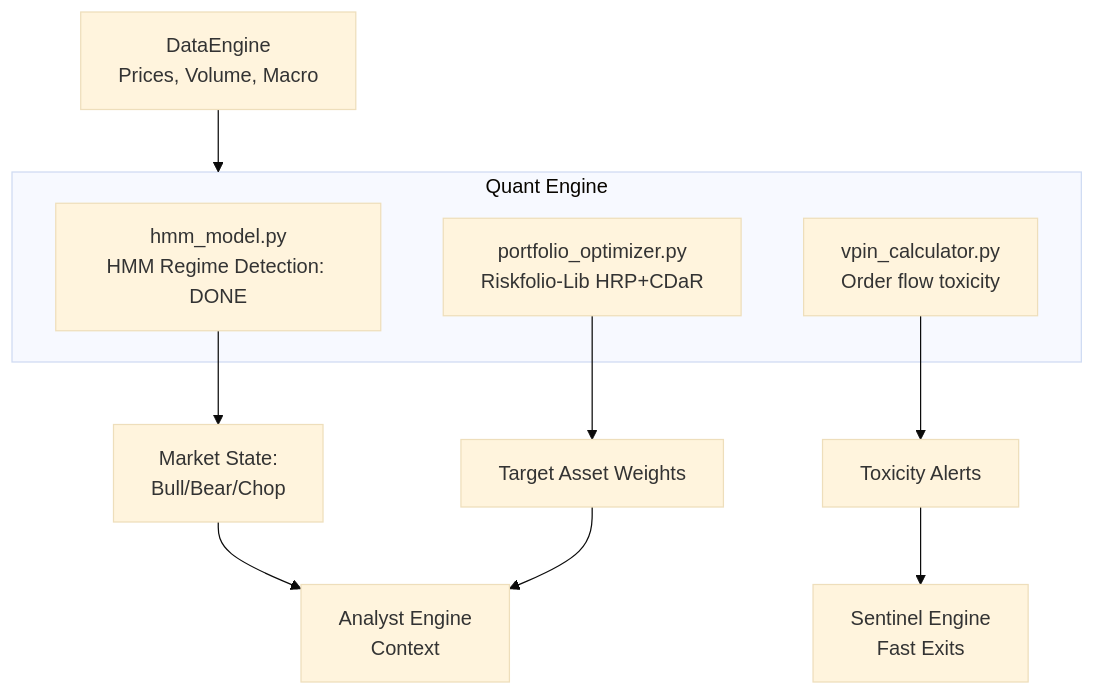
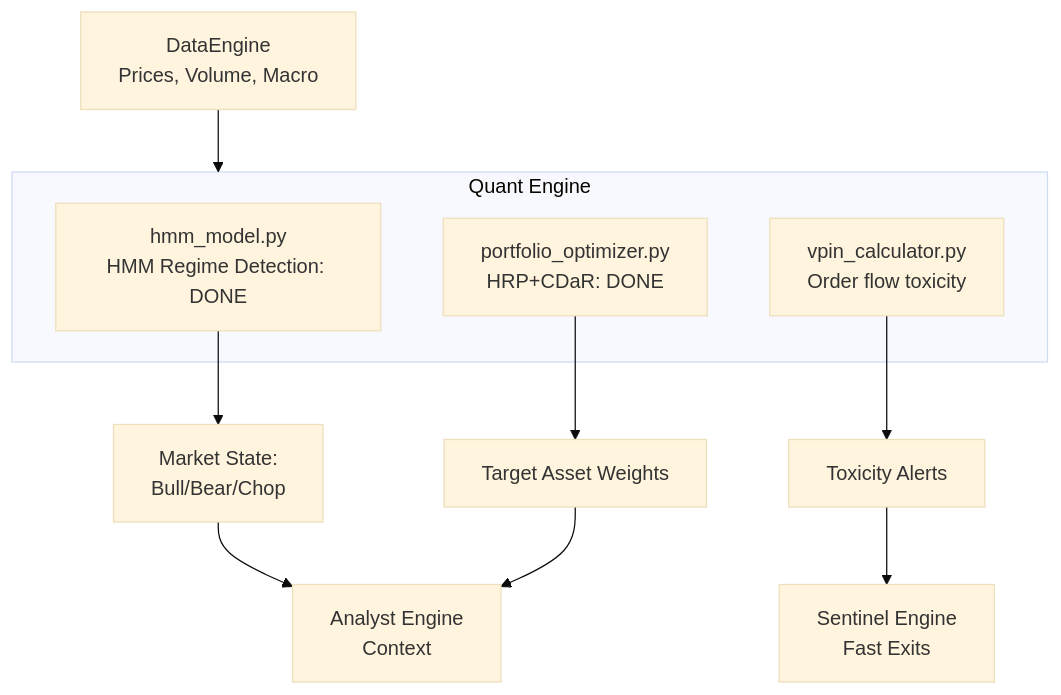
The diagram in docs/PHASE_2_PLAN.md (knabcd003/aegis), drawn with Mermaid (base theme) before and after one commit. The commit also changed other lines of this file, not shown here.

````diff
--- a/docs/PHASE_2_PLAN.md
+++ b/docs/PHASE_2_PLAN.md
@@ -40,18 +45,18 @@
 ```mermaid
 graph TD
     DE[DataEngine<br/>Prices, Volume, Macro] --> QE
     
     subgraph QE["Quant Engine"]
         HMM[hmm_model.py<br/>HMM Regime Detection: DONE]
-        OPT[portfolio_optimizer.py<br/>Riskfolio-Lib HRP+CDaR]
+        OPT[portfolio_optimizer.py<br/>HRP+CDaR: DONE]
         VPIN[vpin_calculator.py<br/>Order flow toxicity]
     end
 
     HMM --> STATE[Market State:<br/>Bull/Bear/Chop]
     OPT --> WEIGHTS[Target Asset Weights]
     VPIN --> RISK[Toxicity Alerts]
 
     STATE --> AE[Analyst Engine<br/>Context]
     WEIGHTS --> AE
     RISK --> SE[Sentinel Engine<br/>Fast Exits]
 ```
````
